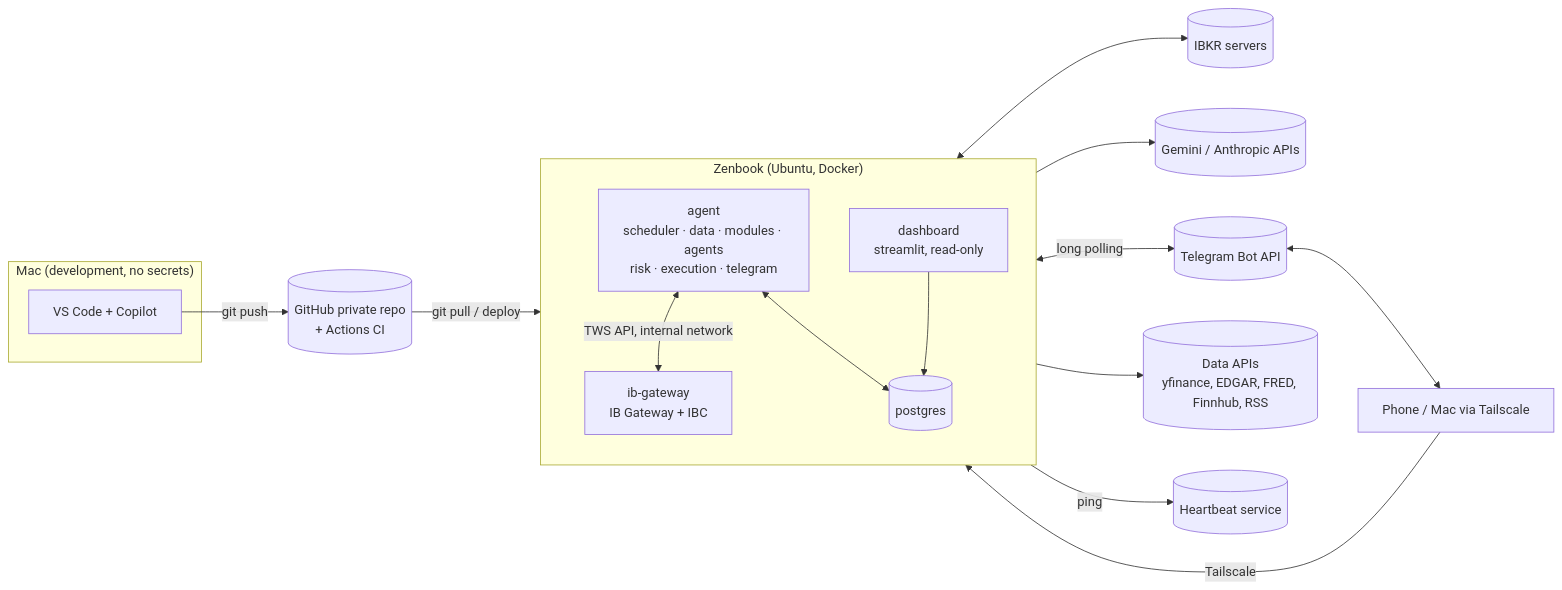
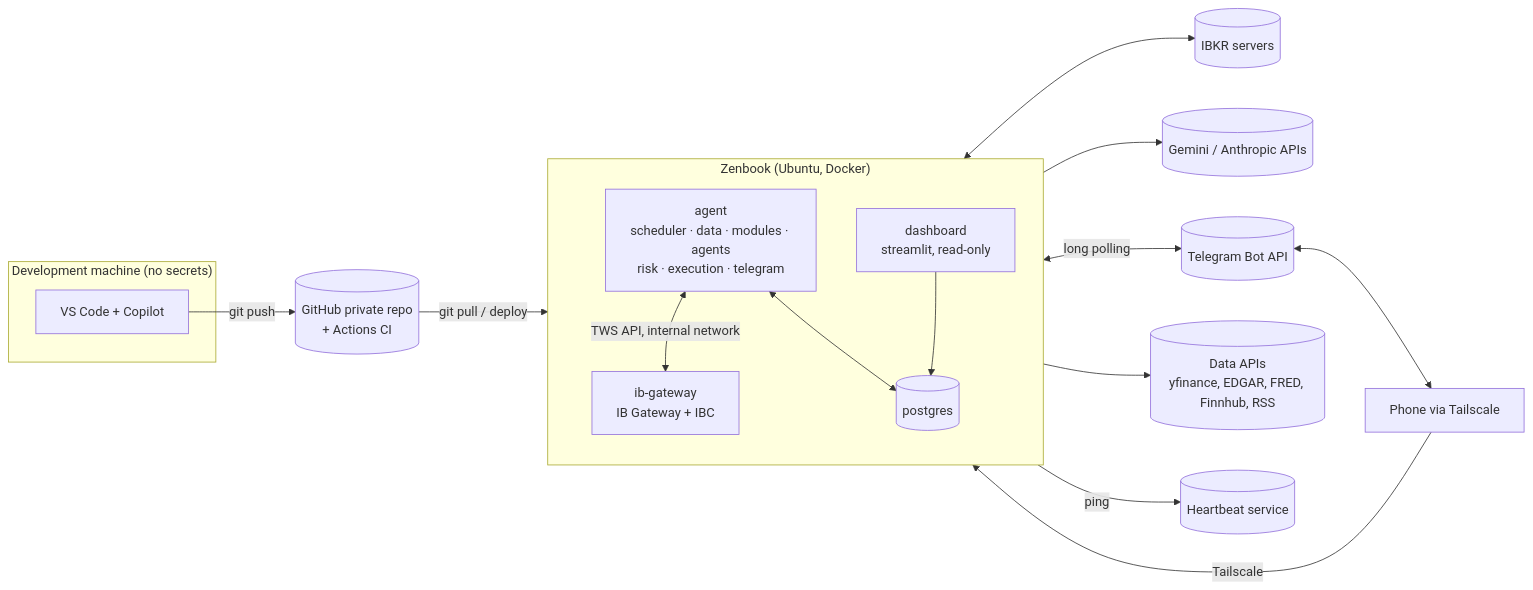
The first of 6 diagrams in IMPLEMENTATION.md (klausrossmann/trading-agent), drawn with Mermaid before and after one commit. The commit also changed other lines of this file and 5 other files, not shown here.

Commit message:
Docs: RUNNING.md rewritten for the Zenbook (start the app and test everything step by step, with what each step does); no development-machine specifics in the docs

````diff
--- a/IMPLEMENTATION.md
+++ b/IMPLEMENTATION.md
@@ -34,33 +34,33 @@
 ```mermaid
 flowchart LR
-    subgraph Mac["Mac (development, no secrets)"]
+    subgraph Dev["Development machine (no secrets)"]
         VS[VS Code + Copilot]
     end
     GH[(GitHub private repo<br/>+ Actions CI)]
     subgraph Zen["Zenbook (Ubuntu, Docker)"]
         direction TB
         AG[agent<br/>scheduler · data · modules · agents<br/>risk · execution · telegram]
         GW[ib-gateway<br/>IB Gateway + IBC]
         DB[(postgres)]
         DA[dashboard<br/>streamlit, read-only]
     end
     IBKR[(IBKR servers)]
     LLM[(Gemini / Anthropic APIs)]
     TG[(Telegram Bot API)]
     DATA[(Data APIs<br/>yfinance, EDGAR, FRED, Finnhub, RSS)]
     HC[(Heartbeat service)]
-    Phone[Phone / Mac via Tailscale]
+    Phone[Phone via Tailscale]
 
     VS -- git push --> GH
     GH -- git pull / deploy --> Zen
     AG <-- TWS API, internal network --> GW
     GW <--> IBKR
     AG <--> DB
     DA --> DB
     AG --> LLM
     AG <-- long polling --> TG
     AG --> DATA
     AG -- ping --> HC
     Phone -- Tailscale --> DA
     TG <--> Phone
 ```
````
